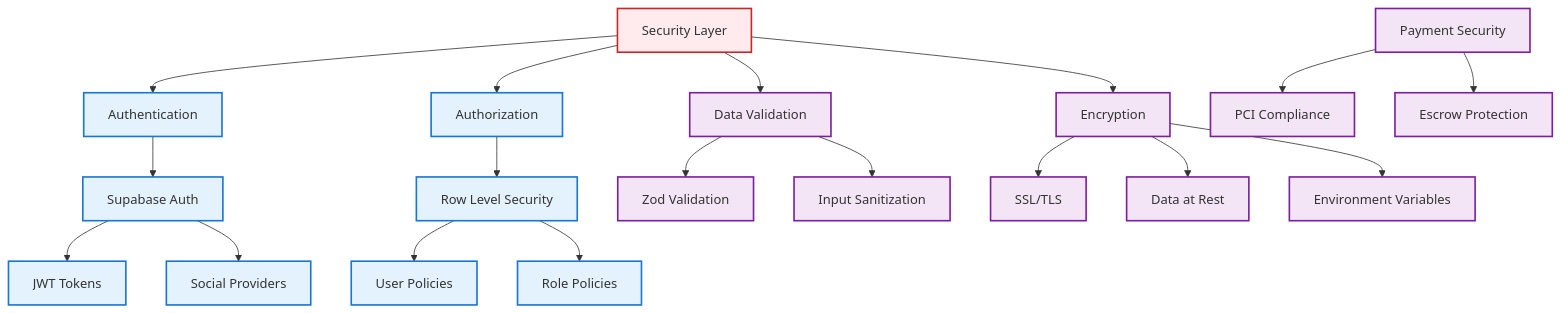
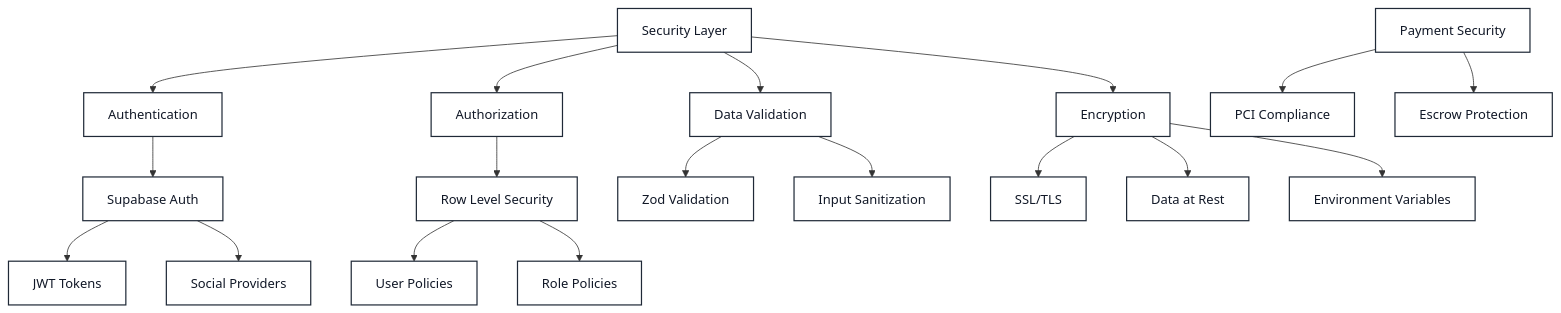
The eighth of 11 diagrams in ARCHITECTURE_DIAGRAMS.md (Om7035/student-market), drawn with Mermaid before and after one commit. The commit also changed other lines of this file, not shown here.

````diff
--- a/ARCHITECTURE_DIAGRAMS.md
+++ b/ARCHITECTURE_DIAGRAMS.md
@@ -411,33 +418,34 @@
 ```mermaid
+%%{init: { 'theme': 'base', 'themeVariables': { 'background': '#ffffff', 'primaryColor': '#ffffff', 'secondaryColor': '#ffffff', 'tertiaryColor': '#ffffff', 'primaryTextColor': '#111827', 'textColor': '#111827', 'titleColor': '#111827', 'lineColor': '#1f2937', 'primaryBorderColor': '#1f2937', 'defaultLinkColor': '#1f2937', 'edgeLabelBackground': '#ffffff', 'arrowheadColor': '#1f2937', 'clusterBkg': '#ffffff', 'clusterBorder': '#1f2937', 'fontFamily': 'Inter, ui-sans-serif, system-ui, -apple-system, Segoe UI, Roboto, Helvetica, Arial, "Apple Color Emoji", "Segoe UI Emoji"', 'fontSize': '14px' }, 'flowchart': { 'nodeSpacing': 40, 'rankSpacing': 60, 'padding': 12 } }}%%
 graph TB
     Security[Security Layer] --> Auth[Authentication]
     Security --> Authz[Authorization]
     Security --> Validation[Data Validation]
     Security --> Encryption[Encryption]
     
     Auth --> SupabaseAuth[Supabase Auth]
     SupabaseAuth --> JWT[JWT Tokens]
     SupabaseAuth --> Social[Social Providers]
     
     Authz --> RLS[Row Level Security]
     RLS --> UserPolicies[User Policies]
     RLS --> RolePolicies[Role Policies]
     
     Validation --> Zod[Zod Validation]
     Validation --> Sanitization[Input Sanitization]
     
     Encryption --> SSL[SSL/TLS]
     Encryption --> DataAtRest[Data at Rest]
     Encryption --> EnvVars[Environment Variables]
     
     PaymentSecurity[Payment Security] --> PCI[PCI Compliance]
     PaymentSecurity --> Escrow[Escrow Protection]
     
-    classDef securityBox fill:#ffebee,stroke:#c62828,stroke-width:2px
-    classDef authBox fill:#e3f2fd,stroke:#1976d2,stroke-width:2px
-    classDef dataBox fill:#f3e5f5,stroke:#7b1fa2,stroke-width:2px
+    classDef securityBox fill:#ffffff,stroke:#1f2937,stroke-width:1.5px,color:#111827
+    classDef authBox fill:#ffffff,stroke:#1f2937,stroke-width:1.5px,color:#111827
+    classDef dataBox fill:#ffffff,stroke:#1f2937,stroke-width:1.5px,color:#111827
     
     class Security securityBox
     class Auth,Authz,SupabaseAuth,JWT,Social,RLS,UserPolicies,RolePolicies authBox
     class Validation,Encryption,Zod,Sanitization,SSL,DataAtRest,EnvVars,PaymentSecurity,PCI,Escrow dataBox
 ```
````
